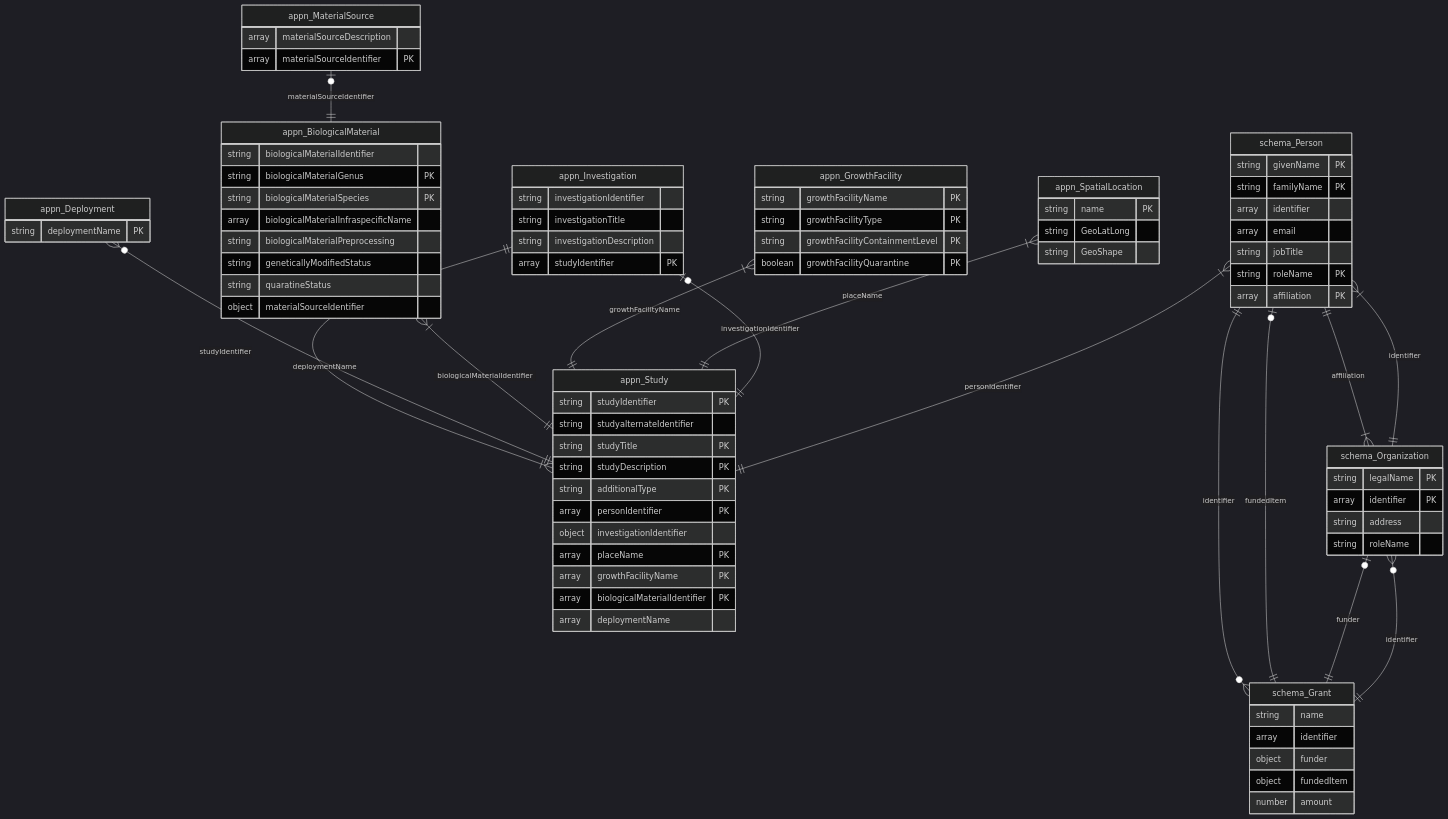
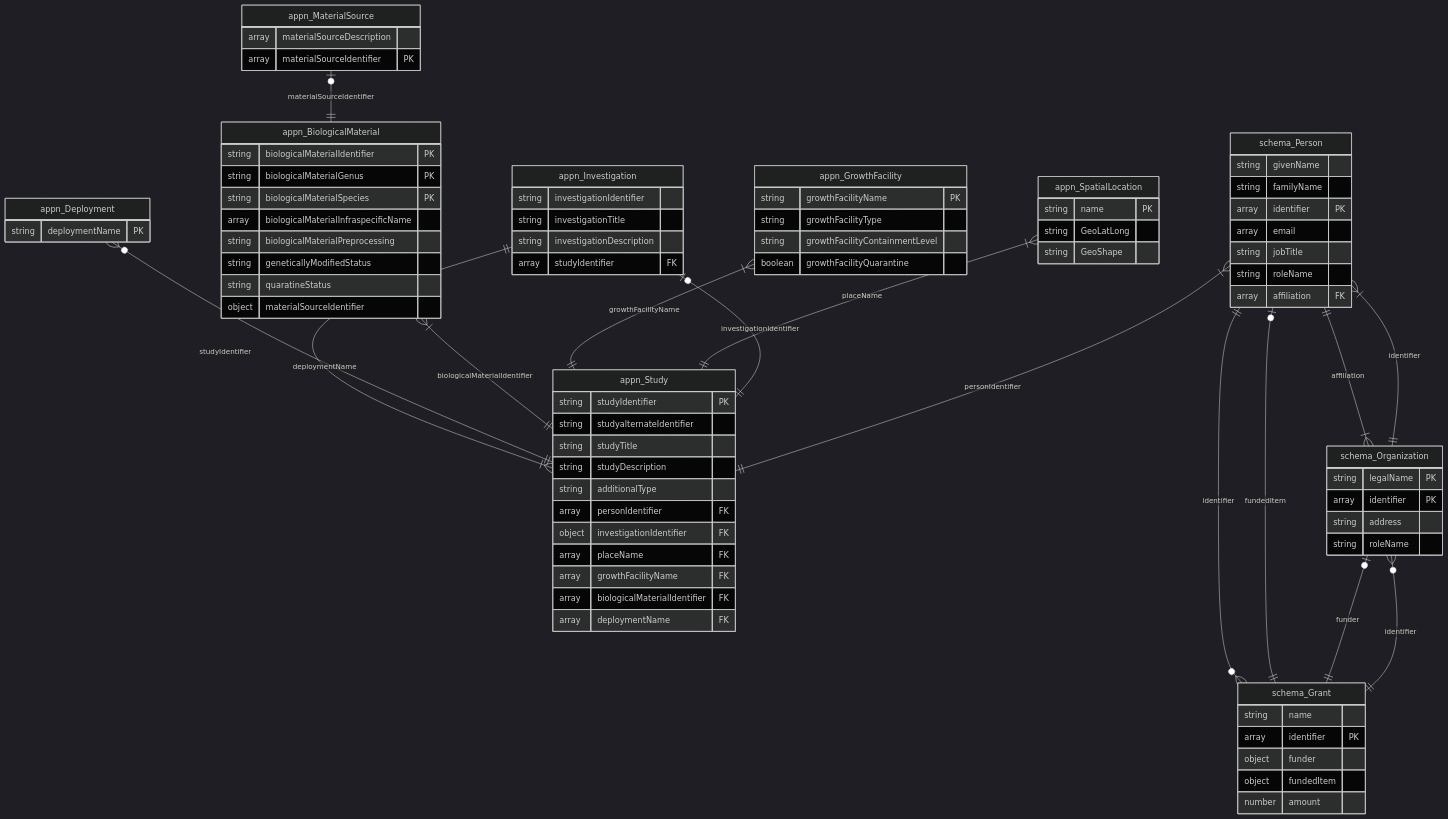
Before and after one commit to aus-plant-phenomics-network/appn-schema: the first of 2 diagrams in docs/er_diagram/er_diagram_from_tab_to_schema/README.md, drawn with Mermaid (dark theme). The commit also changed other lines of this file, not shown here.

Commit message:
PK and FK designated hand added to README file

```diff
--- a/docs/er_diagram/er_diagram_from_tab_to_schema/README.md
+++ b/docs/er_diagram/er_diagram_from_tab_to_schema/README.md
@@ -31,29 +33,29 @@
     string investigationIdentifier
     string investigationTitle
     string investigationDescription
-    array studyIdentifier PK
+    array studyIdentifier FK
     }
     appn_Study {
     string studyIdentifier PK
     string studyalternateIdentifier
-    string studyTitle PK
-    string studyDescription PK
-    string additionalType PK
-    array personIdentifier PK
-    object investigationIdentifier
-    array placeName PK
-    array growthFacilityName PK
-    array biologicalMaterialIdentifier PK
-    array deploymentName
+    string studyTitle
+    string studyDescription
+    string additionalType
+    array personIdentifier FK
+    object investigationIdentifier FK
+    array placeName FK
+    array growthFacilityName FK
+    array biologicalMaterialIdentifier FK
+    array deploymentName FK
     }
     schema_Person {
-    string givenName PK
-    string familyName PK
-    array identifier
+    string givenName
+    string familyName
+    array identifier PK
     array email
     string jobTitle
-    string roleName PK
-    array affiliation PK
+    string roleName
+    array affiliation FK
     }
     schema_Organization {
     string legalName PK
@@ -63,7 +65,7 @@
     }
     schema_Grant {
     string name
-    array identifier
+    array identifier PK
     object funder
     object fundedItem
     number amount
@@ -75,15 +77,15 @@
     }
     appn_GrowthFacility {
     string growthFacilityName PK
-    string growthFacilityType PK
-    string growthFacilityContainmentLevel PK
-    boolean growthFacilityQuarantine PK
+    string growthFacilityType
+    string growthFacilityContainmentLevel
+    boolean growthFacilityQuarantine
     }
     appn_Deployment {
     string deploymentName PK
     }
     appn_BiologicalMaterial {
-    string biologicalMaterialIdentifier
+    string biologicalMaterialIdentifier PK
     string biologicalMaterialGenus PK
     string biologicalMaterialSpecies PK
     array biologicalMaterialInfraspecificName
```
